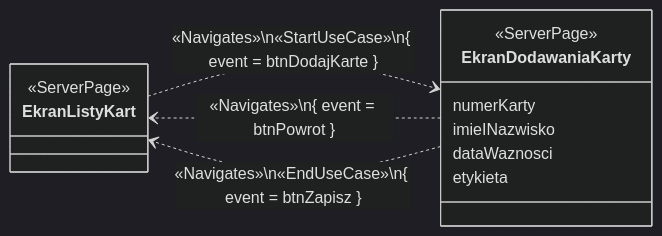
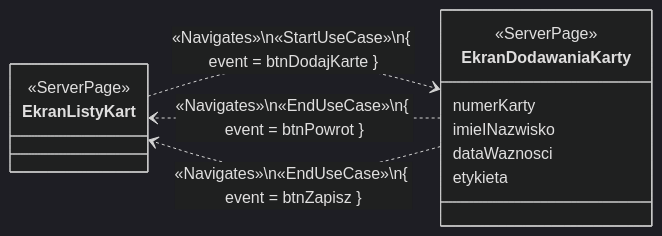
The seventh of 9 diagrams in documentation/course/E1.md (PWR-ACS-SE-24/SoftwareSystemDesign), drawn with Mermaid (dark theme) before and after one commit.

````diff
--- a/documentation/course/E1.md
+++ b/documentation/course/E1.md
@@ -773,15 +773,15 @@
 ```mermaid
 classDiagram
     direction LR
     class EkranListyKart { <<ServerPage>> }
     class EkranDodawaniaKarty { 
         <<ServerPage>>
         numerKarty
         imieINazwisko
         dataWaznosci
         etykieta}
 
     EkranListyKart ..> EkranDodawaniaKarty: «Navigates»\n«StartUseCase»\n{ event = btnDodajKarte }
-    EkranDodawaniaKarty ..> EkranListyKart: «Navigates»\n{ event = btnPowrot }
+    EkranDodawaniaKarty ..> EkranListyKart: «Navigates»\n«EndUseCase»\n{ event = btnPowrot }
     EkranDodawaniaKarty ..> EkranListyKart: «Navigates»\n«EndUseCase»\n{ event = btnZapisz }
 ```
````
